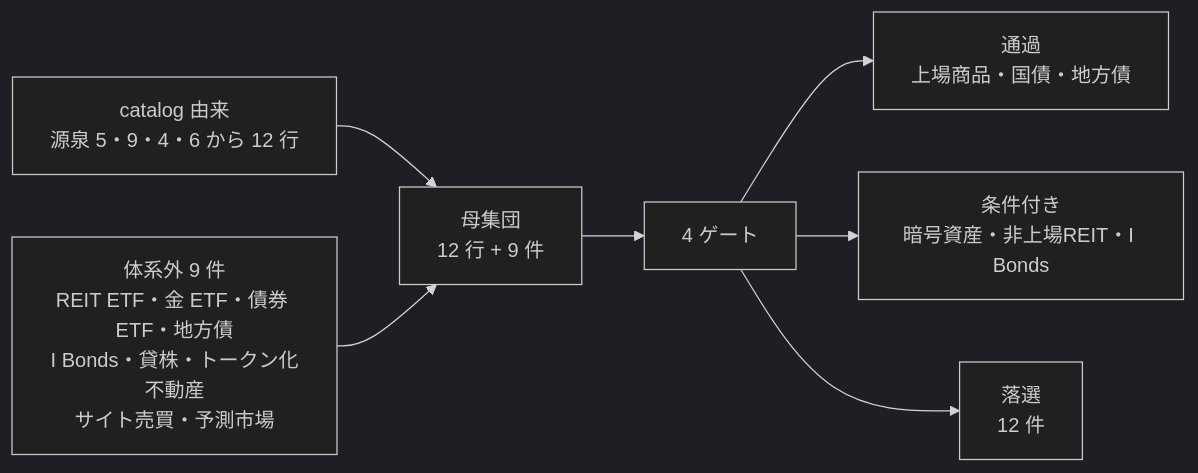
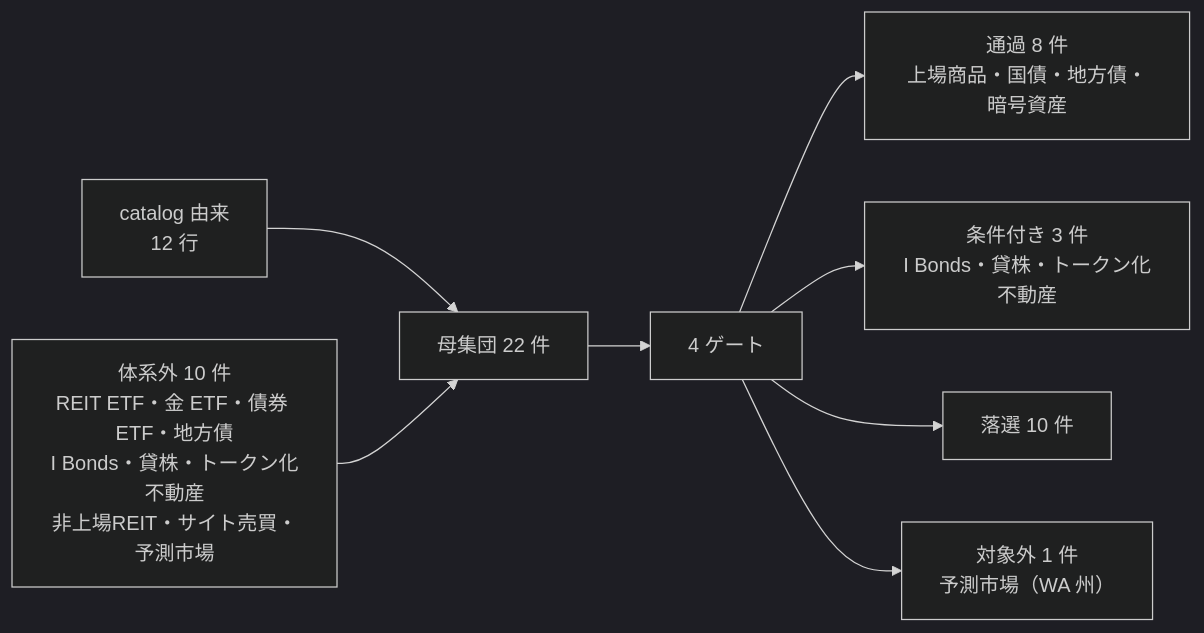
One commit to akiraak/ai-income-lab changed the second of 5 diagrams in docs/specs/experiments/online-tradable-assets.md. Above: the diagram before and after it, drawn with Mermaid (dark theme). The commit also changed other lines of this file and 2 other files, not shown here.

````diff
--- a/docs/specs/experiments/online-tradable-assets.md
+++ b/docs/specs/experiments/online-tradable-assets.md
@@ -114,9 +121,10 @@
 ```mermaid
 flowchart LR
-  CAT["catalog 由来<br/>源泉 5・9・4・6 から 12 行"] --> POOL["母集団<br/>12 行 + 9 件"]
-  NEW["体系外 9 件<br/>REIT ETF・金 ETF・債券 ETF・地方債<br/>I Bonds・貸株・トークン化不動産<br/>サイト売買・予測市場"] --> POOL
+  CAT["catalog 由来<br/>12 行"] --> POOL["母集団 22 件"]
+  NEW["体系外 10 件<br/>REIT ETF・金 ETF・債券 ETF・地方債<br/>I Bonds・貸株・トークン化不動産<br/>非上場REIT・サイト売買・予測市場"] --> POOL
   POOL --> GATE["4 ゲート"]
-  GATE --> PASS["通過<br/>上場商品・国債・地方債"]
-  GATE --> COND["条件付き<br/>暗号資産・非上場REIT・I Bonds"]
-  GATE --> FAIL["落選<br/>12 件"]
+  GATE --> PASS["通過 8 件<br/>上場商品・国債・地方債・暗号資産"]
+  GATE --> COND["条件付き 3 件<br/>I Bonds・貸株・トークン化不動産"]
+  GATE --> FAIL["落選 10 件"]
+  GATE --> OUT["対象外 1 件<br/>予測市場（WA 州）"]
 ```
````
